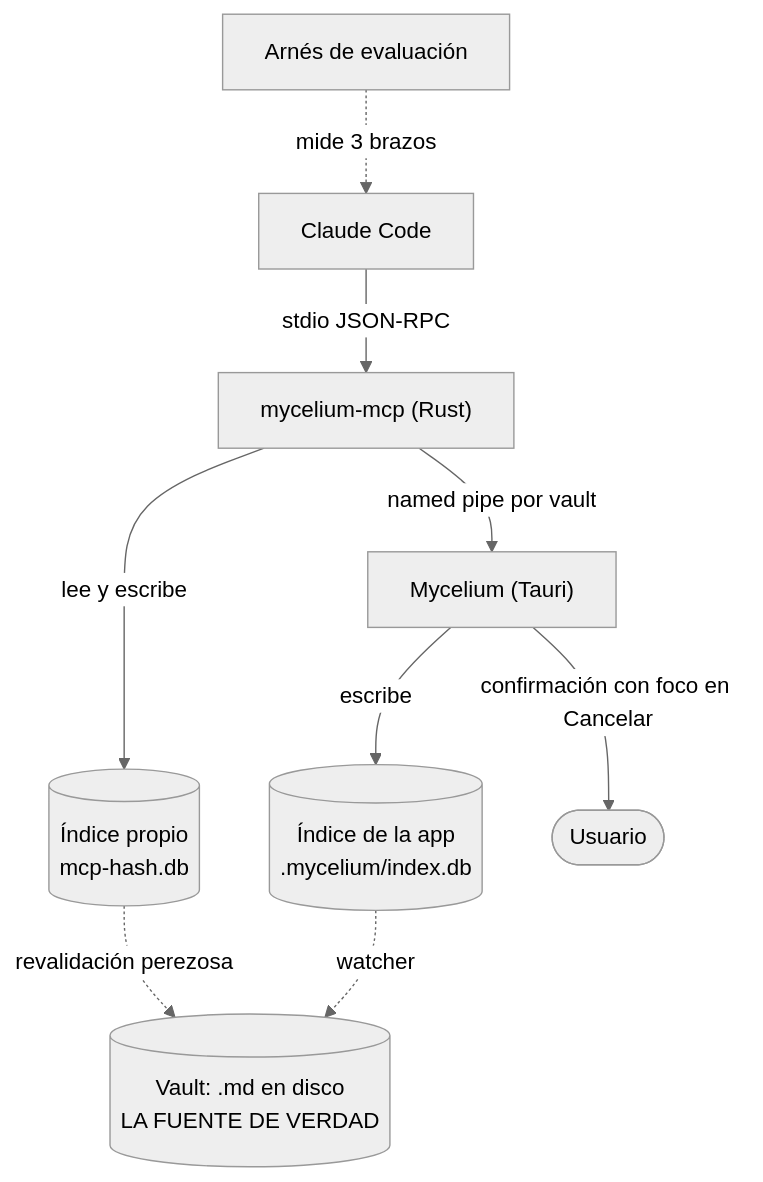
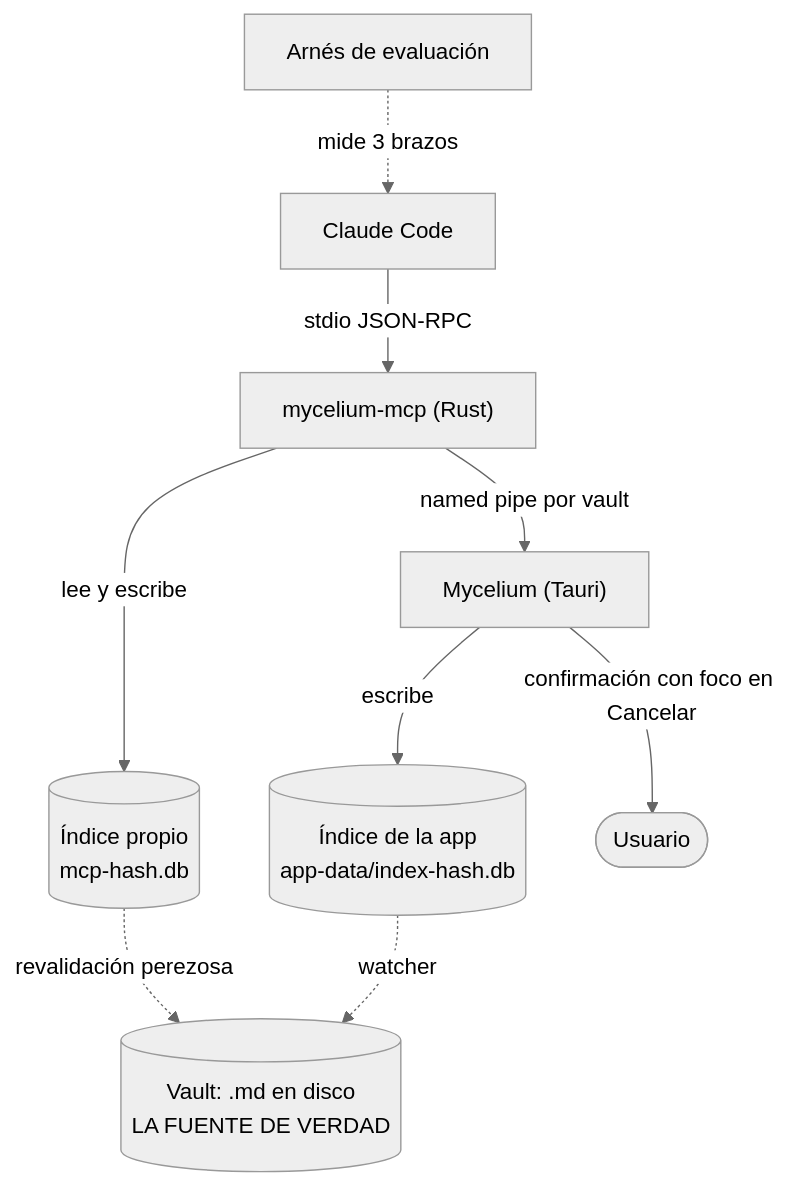
Before and after one commit to GSmart-software/Myceliumv2: the diagram in docs/arquitectura/MCP de Mycelium - plan.md, drawn with Mermaid (neutral theme). The commit also changed other lines of this file and 7 other files, not shown here.

````diff
--- a/docs/arquitectura/MCP de Mycelium - plan.md
+++ b/docs/arquitectura/MCP de Mycelium - plan.md
@@ -17,11 +17,11 @@
 ```mermaid
 graph TD
     CC["Claude Code"] -->|stdio JSON-RPC| MCP["mycelium-mcp (Rust)"]
     MCP -->|lee y escribe| IDX[("Índice propio<br/>mcp-hash.db")]
     IDX -.->|revalidación perezosa| FS[("Vault: .md en disco<br/>LA FUENTE DE VERDAD")]
     MCP -->|named pipe por vault| APP["Mycelium (Tauri)"]
-    APP -->|escribe| AIDX[("Índice de la app<br/>.mycelium/index.db")]
+    APP -->|escribe| AIDX[("Índice de la app<br/>app-data/index-hash.db")]
     AIDX -.->|watcher| FS
     APP -->|confirmación con foco en Cancelar| U(["Usuario"])
     EV["Arnés de evaluación"] -.->|mide 3 brazos| CC
 ```
````
